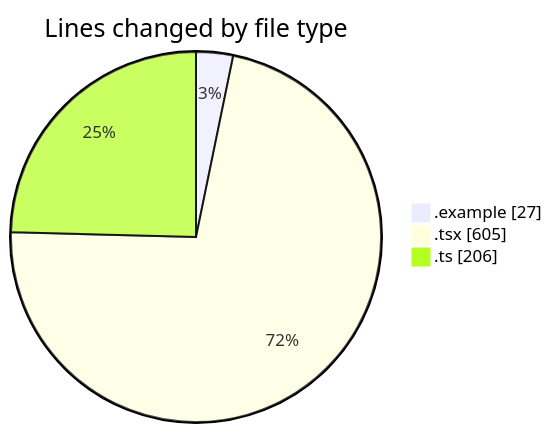
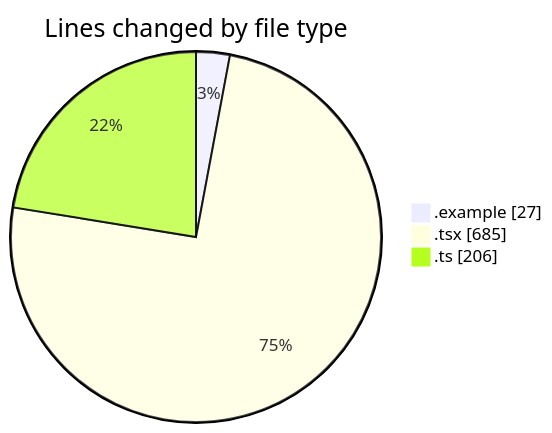
One commit to julien-gomy/code-tracking changed the first of 2 diagrams in 2025-11-16/eventscop-frontend-guide__workspace_/README.md. Above: the diagram before and after it, drawn with Mermaid. The commit also changed other lines of this file and 1 other file, not shown here.

````diff
--- a/2025-11-16/eventscop-frontend-guide__workspace_/README.md
+++ b/2025-11-16/eventscop-frontend-guide__workspace_/README.md
@@ -26,7 +27,7 @@
 ```mermaid
 pie showData
 title Lines changed by file type
 ".example" : 27
-".tsx" : 605
+".tsx" : 685
 ".ts" : 206
 ```
````
